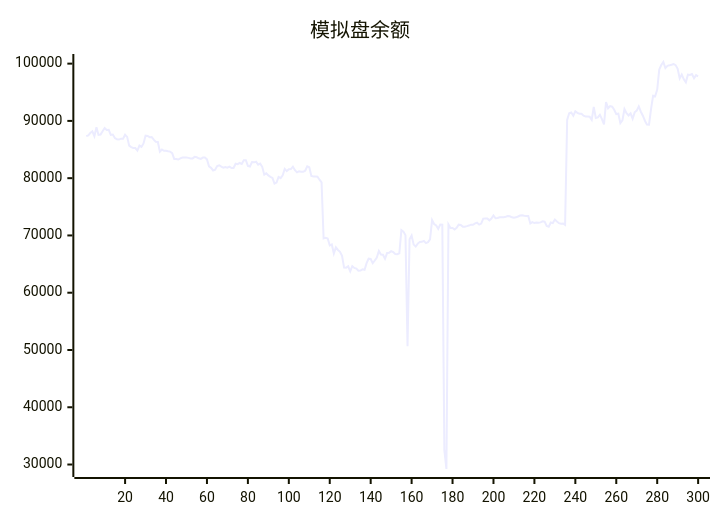
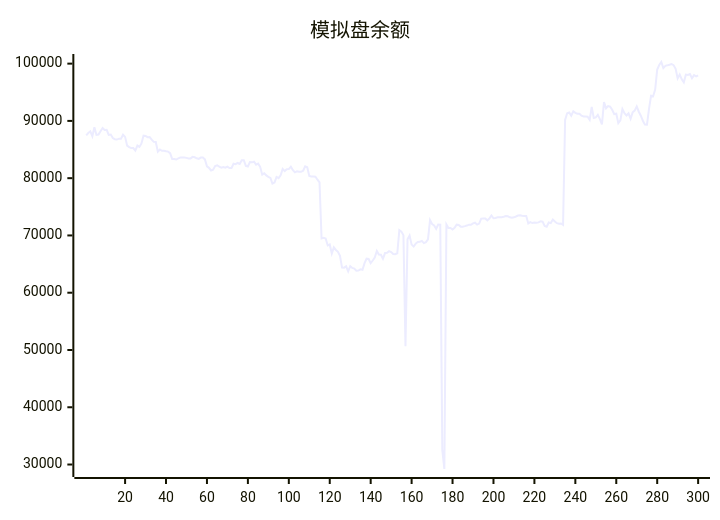
Before and after one commit to aahl/ai-trading: the diagram in README.md, drawn with Mermaid. The commit also changed other lines of this file and 1 other file, not shown here.

````diff
--- a/README.md
+++ b/README.md
@@ -5,5 +5,5 @@
 ```mermaid
 xychart
     title "模拟盘余额"
-    line [87335,87483,87886,88180,87335,88894,87544,87608,88207,88755,88401,88444,87543,87608,87000,86810,86740,86894,86884,87576,87209,85686,85435,85251,85255,84820,85689,85453,86066,87420,87373,87161,87178,86740,86341,86315,84643,85012,84772,84768,84690,84635,84376,83360,83357,83259,83474,83608,83606,83602,83548,83440,83454,83724,83644,83464,83365,83590,83592,83275,82072,81806,81344,81492,82109,82254,82006,81848,81955,81829,82022,81769,81776,82522,82441,82656,82498,83144,83144,82150,82038,82797,82763,82872,82367,82536,81981,80612,80862,80484,80242,80034,79063,79245,80226,80016,80507,81625,81233,81544,81578,82016,81401,81019,81186,81130,81118,81306,82066,81909,80392,80304,80291,80258,79729,79261,69466,69579,69456,68251,68415,66832,67911,67462,67144,66432,64380,64375,64606,63740,64647,64324,64216,63842,63877,64078,64008,65156,65945,65888,65157,65625,66144,67284,66653,66639,65924,66925,66956,67263,67108,66766,66729,66886,70927,70673,70049,50652,69334,69973,68400,68061,68578,68876,68879,69055,68662,68822,69329,72687,71999,71760,71162,71911,71896,32500,29218,71927,71297,71305,71044,71337,71883,71822,71536,71536,71622,71723,71880,71860,72100,72216,71887,72077,72940,72976,72966,72638,72948,73497,73004,73041,73173,73160,73186,73258,73375,73351,73173,73098,73161,73305,73474,73536,73457,73413,73412,72100,72333,72164,72272,72204,72285,72461,72421,71652,71521,72267,72157,72774,72424,72144,72060,72091,71858,90185,91338,91466,90900,91678,91404,91268,91244,90903,90779,90787,90721,90187,92429,90518,90619,91070,90328,89376,93286,92202,92581,92485,91947,91196,91259,89619,90086,92063,91355,90950,91327,90373,91498,91800,92531,91603,90910,90031,89351,89334,92097,94406,94315,95455,98972,99763,100286,99229,99622,99701,99805,99938,99738,99082,97430,98094,97267,96741,98081,98013,98194,97447,97983,97789]
+    line [87483,87886,88180,87335,88894,87544,87608,88207,88755,88401,88444,87543,87608,87000,86810,86740,86894,86884,87576,87209,85686,85435,85251,85255,84820,85689,85453,86066,87420,87373,87161,87178,86740,86341,86315,84643,85012,84772,84768,84690,84635,84376,83360,83357,83259,83474,83608,83606,83602,83548,83440,83454,83724,83644,83464,83365,83590,83592,83275,82072,81806,81344,81492,82109,82254,82006,81848,81955,81829,82022,81769,81776,82522,82441,82656,82498,83144,83144,82150,82038,82797,82763,82872,82367,82536,81981,80612,80862,80484,80242,80034,79063,79245,80226,80016,80507,81625,81233,81544,81578,82016,81401,81019,81186,81130,81118,81306,82066,81909,80392,80304,80291,80258,79729,79261,69466,69579,69456,68251,68415,66832,67911,67462,67144,66432,64380,64375,64606,63740,64647,64324,64216,63842,63877,64078,64008,65156,65945,65888,65157,65625,66144,67284,66653,66639,65924,66925,66956,67263,67108,66766,66729,66886,70927,70673,70049,50652,69334,69973,68400,68061,68578,68876,68879,69055,68662,68822,69329,72687,71999,71760,71162,71911,71896,32500,29218,71927,71297,71305,71044,71337,71883,71822,71536,71536,71622,71723,71880,71860,72100,72216,71887,72077,72940,72976,72966,72638,72948,73497,73004,73041,73173,73160,73186,73258,73375,73351,73173,73098,73161,73305,73474,73536,73457,73413,73412,72100,72333,72164,72272,72204,72285,72461,72421,71652,71521,72267,72157,72774,72424,72144,72060,72091,71858,90185,91338,91466,90900,91678,91404,91268,91244,90903,90779,90787,90721,90187,92429,90518,90619,91070,90328,89376,93286,92202,92581,92485,91947,91196,91259,89619,90086,92063,91355,90950,91327,90373,91498,91800,92531,91603,90910,90031,89351,89334,92097,94406,94315,95455,98972,99763,100286,99229,99622,99701,99805,99938,99738,99082,97430,98094,97267,96741,98081,98013,98194,97447,97983,97789,97969]
 ```
````
